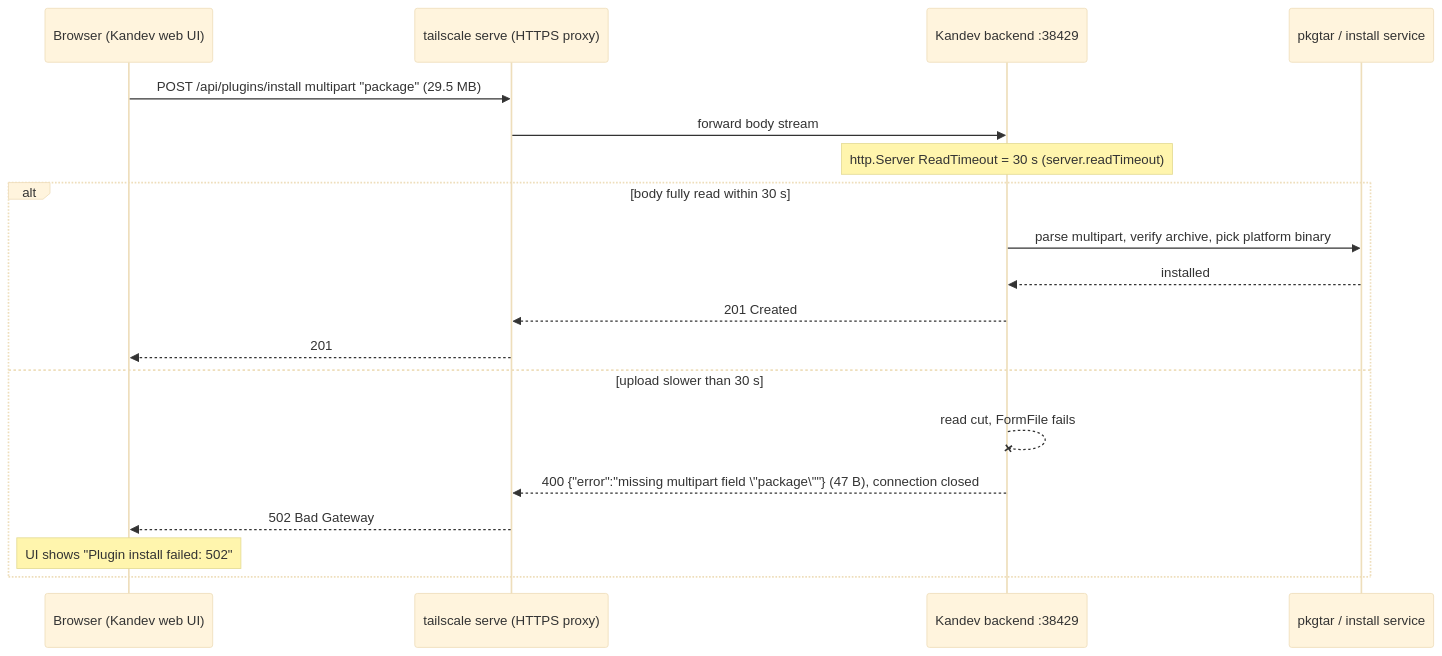
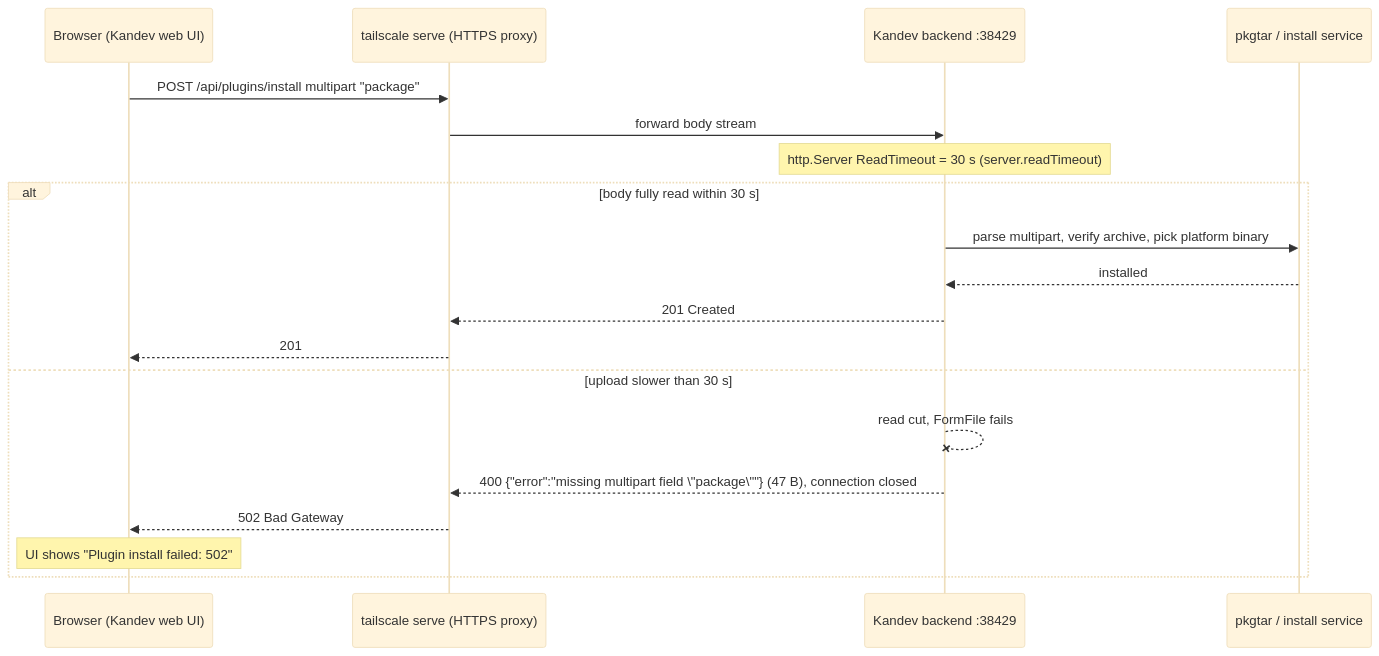
Before and after one commit to khuongdo/kandev-plugin-nulab-backlog: the fifth of 6 diagrams in aidlc/spaces/default/codekb/kandev-plugin-nulab-backlog/architecture.md, drawn with Mermaid (base theme). The commit also changed other lines of this file and 40 other files, not shown here.

````diff
--- a/aidlc/spaces/default/codekb/kandev-plugin-nulab-backlog/architecture.md
+++ b/aidlc/spaces/default/codekb/kandev-plugin-nulab-backlog/architecture.md
@@ -56,21 +122,21 @@
 ```mermaid
 sequenceDiagram
   participant B as Browser (Kandev web UI)
   participant T as tailscale serve (HTTPS proxy)
   participant K as Kandev backend :38429
   participant P as pkgtar / install service
-  B->>T: POST /api/plugins/install multipart "package" (29.5 MB)
+  B->>T: POST /api/plugins/install multipart "package"
   T->>K: forward body stream
   Note over K: http.Server ReadTimeout = 30 s (server.readTimeout)
   alt body fully read within 30 s
     K->>P: parse multipart, verify archive, pick platform binary
     P-->>K: installed
     K-->>T: 201 Created
     T-->>B: 201
   else upload slower than 30 s
     K--xK: read cut, FormFile fails
     K-->>T: 400 {"error":"missing multipart field \"package\""} (47 B), connection closed
     T-->>B: 502 Bad Gateway
     Note over B: UI shows "Plugin install failed: 502"
   end
 ```
````
